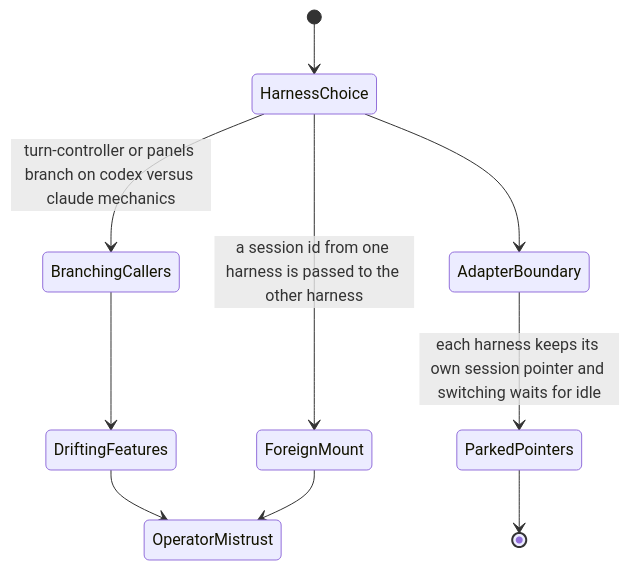
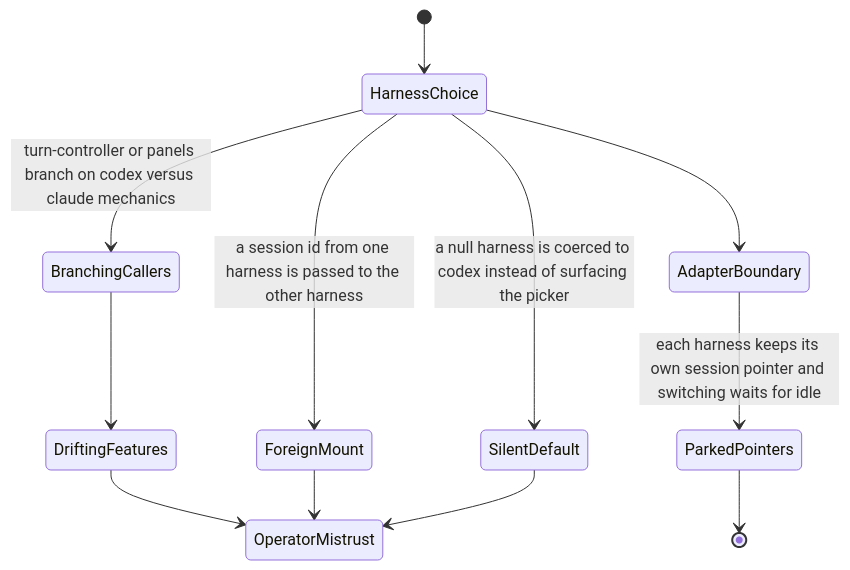
The third of 3 diagrams in src/harness/README.md (eaucoin/alasio), drawn with Mermaid before and after one commit. The commit also changed other lines of this file and 19 other files, not shown here.

````diff
--- a/src/harness/README.md
+++ b/src/harness/README.md
@@ -41,12 +41,14 @@
 ```mermaid
 stateDiagram-v2
   [*] --> HarnessChoice
   HarnessChoice --> BranchingCallers: turn-controller or panels branch on codex versus claude mechanics
   BranchingCallers --> DriftingFeatures
   DriftingFeatures --> OperatorMistrust
   HarnessChoice --> ForeignMount: a session id from one harness is passed to the other harness
   ForeignMount --> OperatorMistrust
+  HarnessChoice --> SilentDefault: a null harness is coerced to codex instead of surfacing the picker
+  SilentDefault --> OperatorMistrust
   HarnessChoice --> AdapterBoundary
   AdapterBoundary --> ParkedPointers: each harness keeps its own session pointer and switching waits for idle
   ParkedPointers --> [*]
 ```
````
